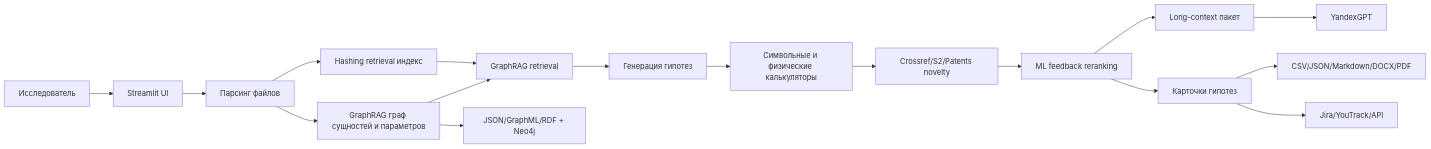
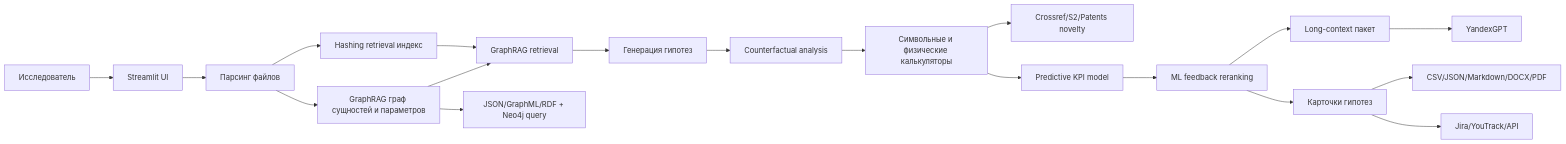
Before and after one commit to baxic-top-projects/hackaton: the diagram in README.md, drawn with Mermaid. The commit also changed other lines of this file and 8 other files, not shown here.

````diff
--- a/README.md
+++ b/README.md
@@ -130,19 +165,21 @@
 ```mermaid
 flowchart LR
     user["Исследователь"] --> ui["Streamlit UI"]
     ui --> ingestion["Парсинг файлов"]
     ingestion --> textIndex["Hashing retrieval индекс"]
     ingestion --> graphIndex["GraphRAG граф сущностей и параметров"]
     textIndex --> graphRetrieval["GraphRAG retrieval"]
-    graphIndex --> graphStore["JSON/GraphML/RDF + Neo4j"]
+    graphIndex --> graphStore["JSON/GraphML/RDF + Neo4j query"]
     graphIndex --> graphRetrieval
     graphRetrieval --> generator["Генерация гипотез"]
-    generator --> calculators["Символьные и физические калькуляторы"]
+    generator --> counterfactual["Counterfactual analysis"]
+    counterfactual --> calculators["Символьные и физические калькуляторы"]
     calculators --> novelty["Crossref/S2/Patents novelty"]
-    novelty --> feedback["ML feedback reranking"]
+    calculators --> predictive["Predictive KPI model"]
+    predictive --> feedback["ML feedback reranking"]
     feedback --> llmContext["Long-context пакет"]
     llmContext --> yandex["YandexGPT"]
     feedback --> cards["Карточки гипотез"]
     cards --> exports["CSV/JSON/Markdown/DOCX/PDF"]
     cards --> trackers["Jira/YouTrack/API"]
 ```
````
